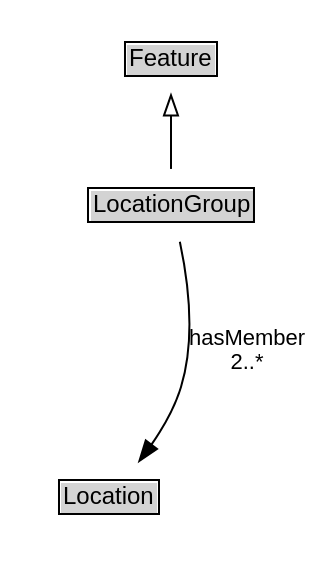
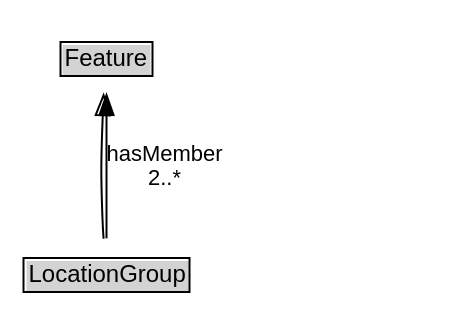
The diagram in docs/diagrams/LocationGroup.dot (ISO-TC204/ontology-its-location-v1), drawn with Graphviz before and after one commit. The commit also changed 400 other files, not shown here.

```diff
--- a/docs/diagrams/LocationGroup.dot
+++ b/docs/diagrams/LocationGroup.dot
@@ -1,25 +1,22 @@
 // Diagram for LocationGroup
 digraph {
 	graph [overlap=false rankdir=TB splines=true]
 	node [fontname=Arial fontsize=12 margin=0 shape=none]
 	edge [fontname=Arial fontsize=11]
 	{
 		rank=source
 		Feature [label=<<TABLE BORDER="1" CELLBORDER="0" CELLSPACING="0" CELLPADDING="1"><TR><TD BGCOLOR="lightgray" ALIGN="CENTER">Feature</TD></TR></TABLE>> URL="../Feature" margin=0]
 	}
 	LocationGroup [label=<<TABLE BORDER="1" CELLBORDER="0" CELLSPACING="0" CELLPADDING="1"><TR><TD BGCOLOR="lightgray" ALIGN="CENTER">LocationGroup</TD></TR></TABLE>> URL="../LocationGroup" margin=0]
 	{
 		rank=max
 	}
 	subgraph cluster_associated {
 		label="" style=invis
 		Invis [label=<<TABLE BORDER="0" CELLBORDER="0" CELLSPACING="0" CELLPADDING="1"><TR><TD></TD></TR></TABLE>> margin=0 style=invis]
-		Location [label=<<TABLE BORDER="1" CELLBORDER="0" CELLSPACING="0" CELLPADDING="1"><TR><TD BGCOLOR="lightgray" ALIGN="CENTER">Location</TD></TR></TABLE>> URL="../Location" margin=0]
 	}
 	LocationGroup -> Feature [arrowhead=onormal style=solid]
-	LocationGroup -> Invis [style=invis]
-	Invis -> Location [style=invis]
-	Location [label=<<TABLE BORDER="1" CELLBORDER="0" CELLSPACING="0" CELLPADDING="1"><TR><TD BGCOLOR="lightgray" ALIGN="CENTER">Location</TD></TR></TABLE>> URL="../Location" margin=0]
-	LocationGroup -> Location [label="hasMember
+	Feature [label=<<TABLE BORDER="1" CELLBORDER="0" CELLSPACING="0" CELLPADDING="1"><TR><TD BGCOLOR="lightgray" ALIGN="CENTER">Feature</TD></TR></TABLE>> URL="../Feature" margin=0]
+	LocationGroup -> Feature [label="hasMember
 2..*" arrowhead=normal style=solid]
 }
```
